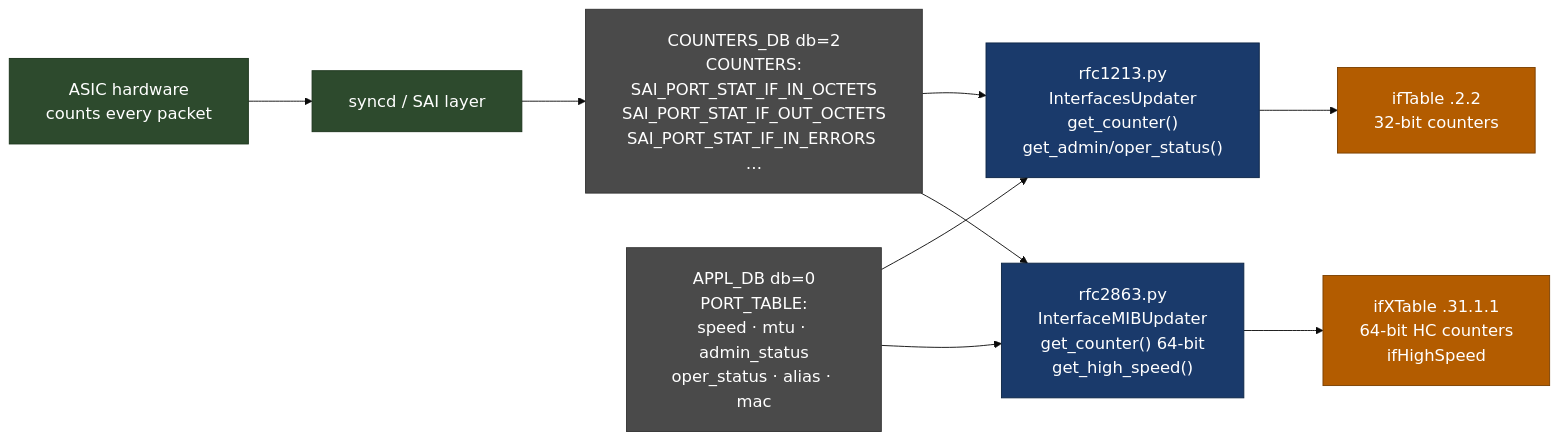
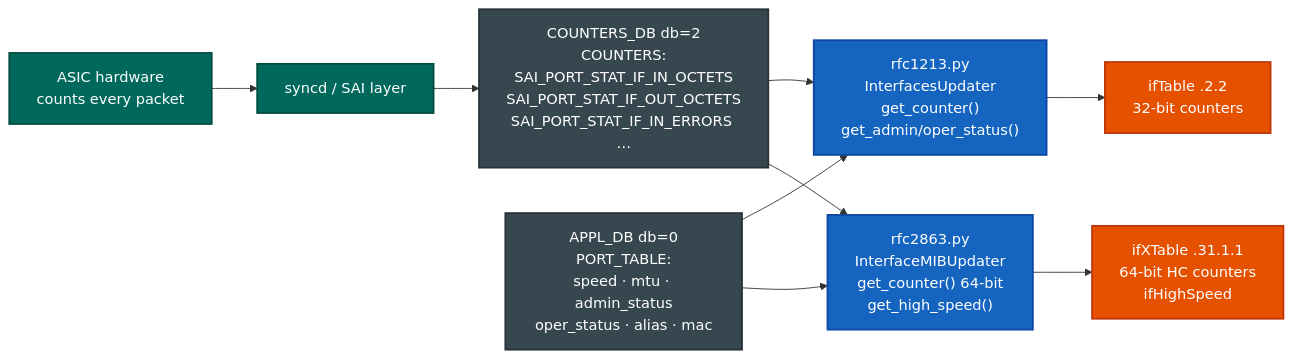
One commit to thongal-upscale/sonic-snmpagent changed the seventh of 17 diagrams in docs/nms_compliance_gaps.md. Above: the diagram before and after it, drawn with Mermaid. The commit also changed other lines of this file, not shown here.

Commit message:
docs: redesign diagrams with vibrant colors, expand pytest lifecycle, add BGP AgentX container

````diff
--- a/docs/nms_compliance_gaps.md
+++ b/docs/nms_compliance_gaps.md
@@ -439,23 +502,22 @@
 ```mermaid
-%%{init: {'theme': 'base', 'themeVariables': {'fontSize': '18px', 'lineHeight': '1.5'}, 'flowchart': {'nodeSpacing': 60, 'rankSpacing': 70, 'padding': 20}, 'sequence': {'actorFontSize': 18, 'noteFontSize': 17, 'messageFontSize': 17}}}%%
 graph LR
-    classDef hw   fill:#2d4a2d,color:#fff,stroke:#1a331a
-    classDef db   fill:#4a4a4a,color:#fff,stroke:#333
-    classDef code fill:#1a3a6b,color:#fff,stroke:#0d2545
-    classDef oid  fill:#b35c00,color:#fff,stroke:#7a3f00
+    classDef hw   fill:#00695C,color:#fff,stroke:#004D40,stroke-width:2px
+    classDef db   fill:#37474F,color:#fff,stroke:#263238,stroke-width:2px
+    classDef code fill:#1565C0,color:#fff,stroke:#0D47A1,stroke-width:2px
+    classDef oid  fill:#E65100,color:#fff,stroke:#BF360C,stroke-width:2px
 
     ASIC["ASIC hardware\ncounts every packet"]:::hw
     SAI["syncd / SAI layer"]:::hw
     CNT["COUNTERS_DB db=2\nCOUNTERS:<port_oid>\nSAI_PORT_STAT_IF_IN_OCTETS\nSAI_PORT_STAT_IF_OUT_OCTETS\nSAI_PORT_STAT_IF_IN_ERRORS …"]:::db
     APPL["APPL_DB db=0\nPORT_TABLE:<name>\nspeed · mtu · admin_status\noper_status · alias · mac"]:::db
     RFC1213["rfc1213.py\nInterfacesUpdater\nget_counter()\nget_admin/oper_status()"]:::code
     RFC2863["rfc2863.py\nInterfaceMIBUpdater\nget_counter() 64-bit\nget_high_speed()"]:::code
     OID1["ifTable .2.2\n32-bit counters"]:::oid
     OID2["ifXTable .31.1.1\n64-bit HC counters\nifHighSpeed"]:::oid
 
     ASIC --> SAI --> CNT
     APPL --> RFC1213 --> OID1
     CNT  --> RFC1213
     CNT  --> RFC2863 --> OID2
     APPL --> RFC2863
 ```
````
